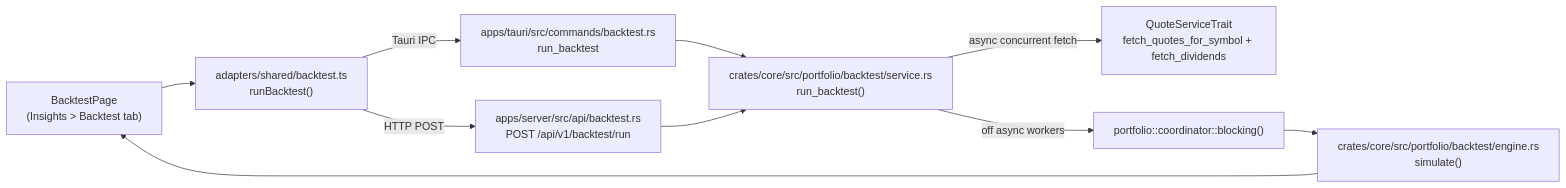
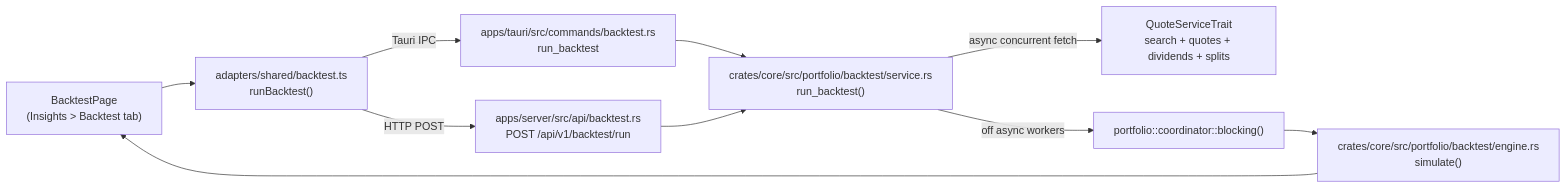
Before and after one commit to xcOnGithub/wealthfolio-xc-fork: the diagram in docs/features/backtest-lab-design.md, drawn with Mermaid. The commit also changed other lines of this file and 28 other files, not shown here.

````diff
--- a/docs/features/backtest-lab-design.md
+++ b/docs/features/backtest-lab-design.md
@@ -83,12 +83,12 @@
 ```mermaid
 flowchart LR
     UI["BacktestPage<br/>(Insights > Backtest tab)"] --> Adapter["adapters/shared/backtest.ts<br/>runBacktest()"]
     Adapter -->|Tauri IPC| TauriCmd["apps/tauri/src/commands/backtest.rs<br/>run_backtest"]
     Adapter -->|HTTP POST| AxumApi["apps/server/src/api/backtest.rs<br/>POST /api/v1/backtest/run"]
     TauriCmd --> Service["crates/core/src/portfolio/backtest/service.rs<br/>run_backtest()"]
     AxumApi --> Service
-    Service -->|async concurrent fetch| QS["QuoteServiceTrait<br/>fetch_quotes_for_symbol + fetch_dividends"]
+    Service -->|async concurrent fetch| QS["QuoteServiceTrait<br/>search + quotes + dividends + splits"]
     Service -->|off async workers| Blocking["portfolio::coordinator::blocking()"]
     Blocking --> Engine["crates/core/src/portfolio/backtest/engine.rs<br/>simulate()"]
     Engine --> UI
 ```
````
